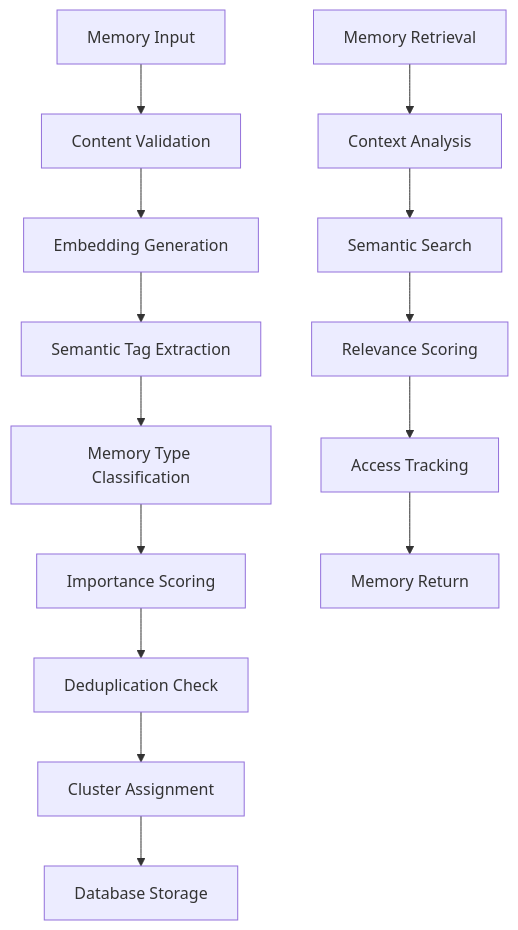
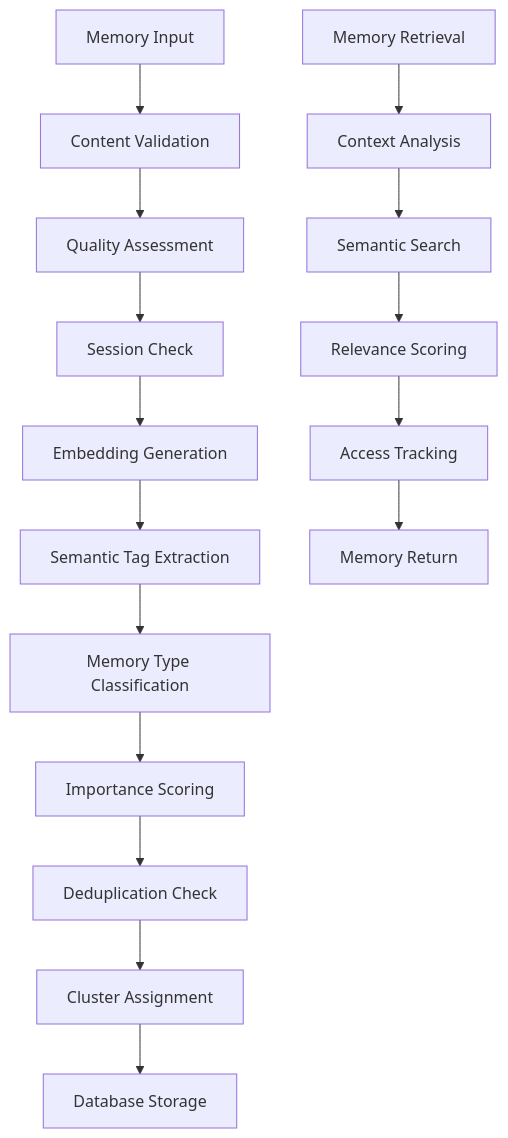
One commit to jhavel/chatbot-ui changed the diagram in docs/MEMORY_SYSTEM.md. Above: the diagram before and after it, drawn with Mermaid. The commit also changed other lines of this file and 7 other files, not shown here.

First line of the commit message:
Enhance memory system with quality, session, and efficiency improvements

````diff
--- a/docs/MEMORY_SYSTEM.md
+++ b/docs/MEMORY_SYSTEM.md
@@ -33,17 +75,19 @@
 ```mermaid
 graph TB
     A[Memory Input] --> B[Content Validation]
-    B --> C[Embedding Generation]
-    C --> D[Semantic Tag Extraction]
-    D --> E[Memory Type Classification]
-    E --> F[Importance Scoring]
-    F --> G[Deduplication Check]
-    G --> H[Cluster Assignment]
-    H --> I[Database Storage]
+    B --> C[Quality Assessment]
+    C --> D[Session Check]
+    D --> E[Embedding Generation]
+    E --> F[Semantic Tag Extraction]
+    F --> G[Memory Type Classification]
+    G --> H[Importance Scoring]
+    H --> I[Deduplication Check]
+    I --> J[Cluster Assignment]
+    J --> K[Database Storage]
     
-    J[Memory Retrieval] --> K[Context Analysis]
-    K --> L[Semantic Search]
-    L --> M[Relevance Scoring]
-    M --> N[Access Tracking]
-    N --> O[Memory Return]
+    L[Memory Retrieval] --> M[Context Analysis]
+    M --> N[Semantic Search]
+    N --> O[Relevance Scoring]
+    O --> P[Access Tracking]
+    P --> Q[Memory Return]
 ```
````
